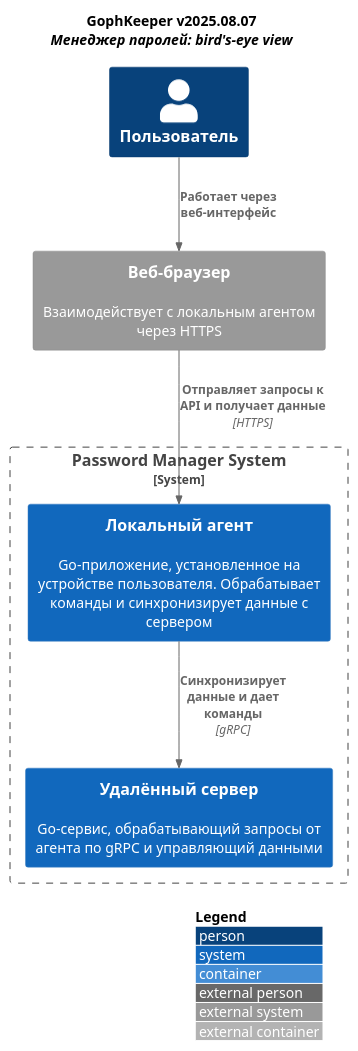
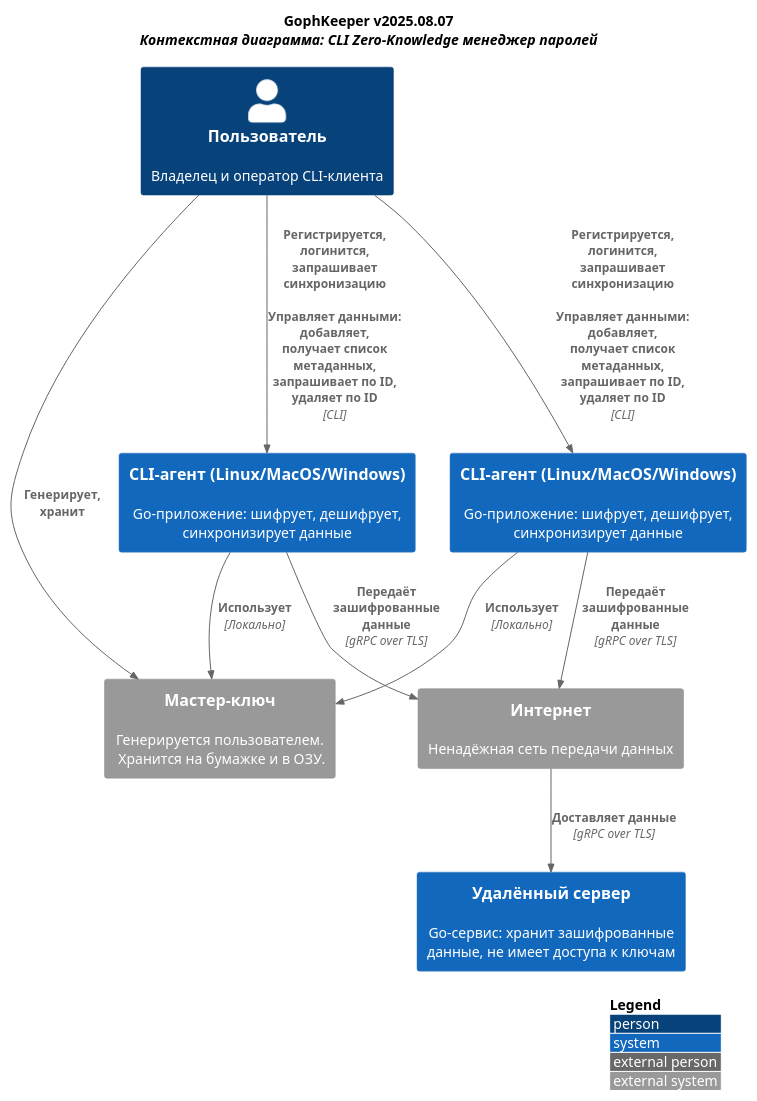
The diagram in c4-context-view.puml (talx-hub/gophkeeper), drawn with PlantUML before and after one commit. The commit also changed 3 other files, not shown here.

```diff
--- a/c4-context-view.puml
+++ b/c4-context-view.puml
@@ -1,25 +1,38 @@
 @startuml
-!include https://raw.githubusercontent.com/plantuml-stdlib/C4-PlantUML/master/C4_Container.puml
+!include https://raw.githubusercontent.com/plantuml-stdlib/C4-PlantUML/master/C4_Context.puml
 
 skinparam wrapWidth 300
 LAYOUT_WITH_LEGEND()
+LAYOUT_TOP_DOWN()
 
 title
   <b>GophKeeper v2025.08.07</b>
-  <i>Менеджер паролей: bird's-eye view</i>
+  <i>Контекстная диаграмма: CLI Zero-Knowledge менеджер паролей</i>
 end title
 
-Person(user, "Пользователь")
+' Пользователь
+Person(user, "Пользователь", "Владелец и оператор CLI-клиента")
 
-System_Ext(browser, "Веб-браузер", "Взаимодействует с локальным агентом через HTTPS")
+' Хранилище мастер-ключа
+System_Ext(master_key, "Мастер-ключ", "Генерируется пользователем.\n Хранится на бумажке и в ОЗУ.")
 
-System_Boundary(password_manager_system, "Password Manager System") {
-    System(agent, "Локальный агент", "Go-приложение, установленное на устройстве пользователя. Обрабатывает команды и синхронизирует данные с сервером")
-    System(remote_backend, "Удалённый сервер", "Go-сервис, обрабатывающий запросы от агента по gRPC и управляющий данными")
-}
+' Интернет — небезопасная среда
+System_Ext(internet, "Интернет", "Ненадёжная сеть передачи данных")
 
-Rel(user, browser, "Работает через веб-интерфейс")
-Rel(browser, agent, "Отправляет запросы к API и получает данные", "HTTPS")
-Rel(agent, remote_backend, "Синхронизирует данные и дает команды", "gRPC")
+' Система
+System(agent1, "CLI-агент (Linux/MacOS/Windows)", "Go-приложение: шифрует, дешифрует, синхронизирует данные")
+System(agent2, "CLI-агент (Linux/MacOS/Windows)", "Go-приложение: шифрует, дешифрует, синхронизирует данные")
+System(remote_backend, "Удалённый сервер", "Go-сервис: хранит зашифрованные данные, не имеет доступа к ключам")
+
+Rel(user, agent1, "Регистрируется, логинится, запрашивает синхронизацию\n\nУправляет данными:\nдобавляет,\nполучает список метаданных, запрашивает по ID,\nудаляет по ID", "CLI")
+Rel(user, agent2, "Регистрируется, логинится, запрашивает синхронизацию\n\nУправляет данными:\nдобавляет,\nполучает список метаданных, запрашивает по ID,\nудаляет по ID", "CLI")
+
+Rel(user, master_key, "Генерирует,\nхранит")
+Rel(agent1, master_key, "Использует", "Локально")
+Rel(agent2, master_key, "Использует", "Локально")
+
+Rel(agent1, internet, "Передаёт зашифрованные данные", "gRPC over TLS")
+Rel(agent2, internet, "Передаёт зашифрованные данные", "gRPC over TLS")
+Rel(internet, remote_backend, "Доставляет данные", "gRPC over TLS")
 
 @enduml
```
